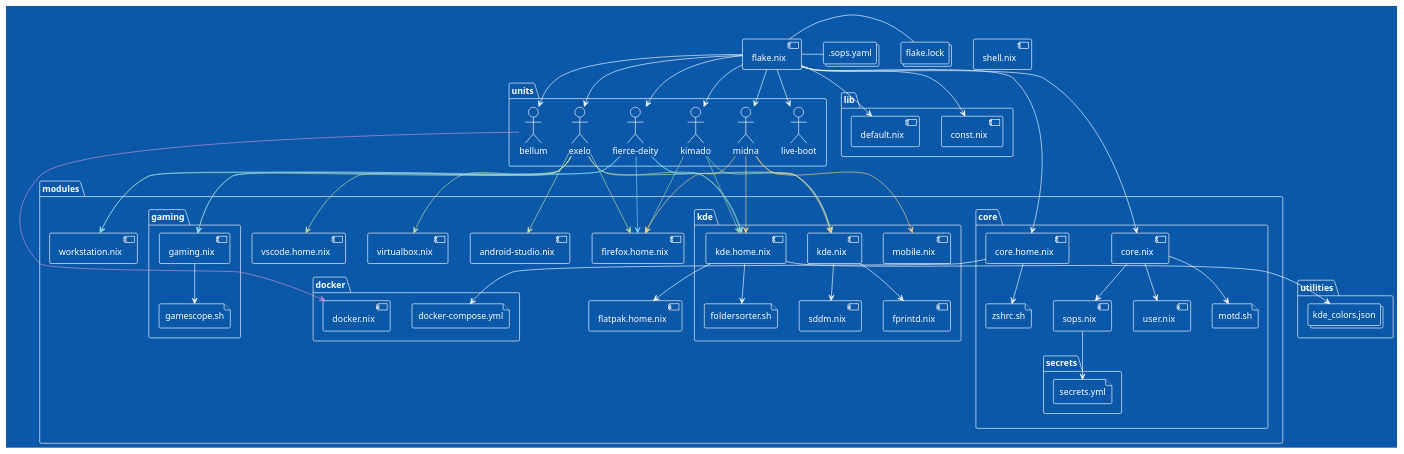
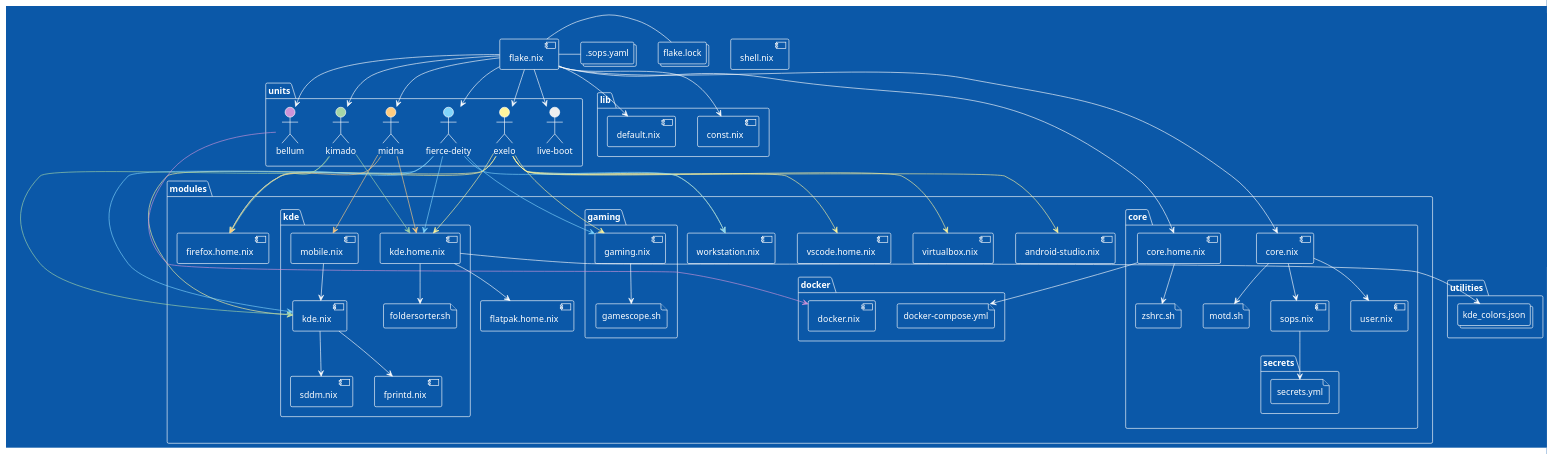
The diagram in utilities/inventory.puml (auroreLeclerc/nix-inventory), drawn with PlantUML before and after one commit. The commit also changed 10 other files, not shown here.

```diff
--- a/utilities/inventory.puml
+++ b/utilities/inventory.puml
@@ -1,102 +1,102 @@
 @startuml inventory
 !theme amiga
 folder "units" {
-actor "exelo" as 946f41d7a0edfc2e0c01ee5a09a8c817
-actor "fierce-deity" as c4bab5bd2a813b4140b129fe0e3fb658
-actor "live-boot" as c7d5751343a9ead629f775ba9b9af9cf
-actor "kimado" as 1396d7d4092f9152f5759496564121cd
-actor "bellum" as 20a158b77d6ce48a8335b7e769c66846
-actor "midna" as 63f8d8e44685a13b538d30e2a0812668
+actor "exelo" as 946f41d7a0edfc2e0c01ee5a09a8c817 #FFF59D
+actor "fierce-deity" as c4bab5bd2a813b4140b129fe0e3fb658 #81D4FA
+actor "live-boot" as c7d5751343a9ead629f775ba9b9af9cf #EEEEEE
+actor "kimado" as 1396d7d4092f9152f5759496564121cd #A5D6A7
+actor "bellum" as 20a158b77d6ce48a8335b7e769c66846 #CE93D8
+actor "midna" as 63f8d8e44685a13b538d30e2a0812668 #FFCC80
 }
 component "flake.nix" as 3cfc5eb99249add5b61f5348132a1e77
 folder "lib" {
    component "const.nix" as 42685639631220987acd22a87135e57c
    component "default.nix" as 68e512ab9f77fd39f3722c23b9768434
 }
 collections ".sops.yaml" as 91f6f5e8b87d05d919871a4550a6fc38
 component "shell.nix" as 97c7e481026e36daa7b31230c6c6aadc
 folder "utilities" {
    collections "kde_colors.json" as 31b20c96119be911606aa1b692b28ba5
 }
 folder "modules" {
    folder "gaming" {
       file "gamescope.sh" as 07bb30b5069aacb10b5677e227bfbeb4
       component "gaming.nix" as cc648f4643baab83856cbb1aee4c03ef
    }
    component "vscode.home.nix" as 26e1d38b688c4a1832d0935e5d29e980
    folder "core" {
       component "user.nix" as e48a789aa9c3b1358cf051feee2e878a
       component "core.home.nix" as d418baa43b11df0205fd0d8001cf7901
       file "zshrc.sh" as 7eb8b1eccd344747a8b685427d1c8d47
       file "motd.sh" as c82c7c2583c0b9ccbee6e5f55451c0f6
       folder "secrets" {
          file "secrets.yml" as fedff914d02561f998eabdacb5cefebd
       }
       component "core.nix" as 6aafb3be03e9429fda102521e26edd7b
       component "sops.nix" as 20147c29130fca277ea17de5d4ba1678
    }
    component "flatpak.home.nix" as 6a6caf7642ae4a75b6d8c64ecf6400b9
    component "android-studio.nix" as a8adb1966bc91fc715175dff4a1585e7
    component "firefox.home.nix" as 38cffe16d01eb2da09feac707c1aaa76
    folder "kde" {
       component "fprintd.nix" as 0fb371a9afb97f3c276f57e82617e12d
       component "sddm.nix" as 5ebad3bd91a08cf55c56e207db927f8e
       component "mobile.nix" as 8d2c80d6e09dc0fe9680025161c2f7f7
       component "kde.nix" as 33998a49668889da1de8827630f29048
       component "kde.home.nix" as 34f24b42df06d195232b3481cc71827b
       file "foldersorter.sh" as ad183a934b3ffac1938f0162d6a8a65b
    }
    component "virtualbox.nix" as f7eeddc94c5ed65950560d6b5663fd1f
    component "workstation.nix" as 5a0152e173cf79e753b825a5923741a1
    folder "docker" {
       file "docker-compose.yml" as 6c4723ada97bf32b316ca223382b50ed
       component "docker.nix" as b2d542b35b19bbc557679612f5768653
    }
 }
 collections "flake.lock" as acf05e6b4d5a2b6e0e87b24127cf384a
-946f41d7a0edfc2e0c01ee5a09a8c817 -[#C5E1A5]-> 33998a49668889da1de8827630f29048
-946f41d7a0edfc2e0c01ee5a09a8c817 -[#C5E1A5]-> 5a0152e173cf79e753b825a5923741a1
-946f41d7a0edfc2e0c01ee5a09a8c817 -[#C5E1A5]-> a8adb1966bc91fc715175dff4a1585e7
-946f41d7a0edfc2e0c01ee5a09a8c817 -[#C5E1A5]-> cc648f4643baab83856cbb1aee4c03ef
-946f41d7a0edfc2e0c01ee5a09a8c817 -[#C5E1A5]-> f7eeddc94c5ed65950560d6b5663fd1f
-946f41d7a0edfc2e0c01ee5a09a8c817 -[#C5E1A5]-> 34f24b42df06d195232b3481cc71827b
-946f41d7a0edfc2e0c01ee5a09a8c817 -[#C5E1A5]-> 26e1d38b688c4a1832d0935e5d29e980
-946f41d7a0edfc2e0c01ee5a09a8c817 -[#C5E1A5]-> 38cffe16d01eb2da09feac707c1aaa76
+946f41d7a0edfc2e0c01ee5a09a8c817 -[#FFF59D]-> 33998a49668889da1de8827630f29048
+946f41d7a0edfc2e0c01ee5a09a8c817 -[#FFF59D]-> 5a0152e173cf79e753b825a5923741a1
+946f41d7a0edfc2e0c01ee5a09a8c817 -[#FFF59D]-> a8adb1966bc91fc715175dff4a1585e7
+946f41d7a0edfc2e0c01ee5a09a8c817 -[#FFF59D]-> cc648f4643baab83856cbb1aee4c03ef
+946f41d7a0edfc2e0c01ee5a09a8c817 -[#FFF59D]-> f7eeddc94c5ed65950560d6b5663fd1f
+946f41d7a0edfc2e0c01ee5a09a8c817 -[#FFF59D]-> 34f24b42df06d195232b3481cc71827b
+946f41d7a0edfc2e0c01ee5a09a8c817 -[#FFF59D]-> 26e1d38b688c4a1832d0935e5d29e980
+946f41d7a0edfc2e0c01ee5a09a8c817 -[#FFF59D]-> 38cffe16d01eb2da09feac707c1aaa76
 c4bab5bd2a813b4140b129fe0e3fb658 -[#81D4FA]-> 33998a49668889da1de8827630f29048
 c4bab5bd2a813b4140b129fe0e3fb658 -[#81D4FA]-> cc648f4643baab83856cbb1aee4c03ef
 c4bab5bd2a813b4140b129fe0e3fb658 -[#81D4FA]-> 5a0152e173cf79e753b825a5923741a1
 c4bab5bd2a813b4140b129fe0e3fb658 -[#81D4FA]-> 34f24b42df06d195232b3481cc71827b
 c4bab5bd2a813b4140b129fe0e3fb658 -[#81D4FA]-> 38cffe16d01eb2da09feac707c1aaa76
 1396d7d4092f9152f5759496564121cd -[#A5D6A7]-> 33998a49668889da1de8827630f29048
 1396d7d4092f9152f5759496564121cd -[#A5D6A7]-> 34f24b42df06d195232b3481cc71827b
 1396d7d4092f9152f5759496564121cd -[#A5D6A7]-> 38cffe16d01eb2da09feac707c1aaa76
 20a158b77d6ce48a8335b7e769c66846 -[#CE93D8]-> b2d542b35b19bbc557679612f5768653
-63f8d8e44685a13b538d30e2a0812668 -[#FFCC80]-> 33998a49668889da1de8827630f29048
 63f8d8e44685a13b538d30e2a0812668 -[#FFCC80]-> 8d2c80d6e09dc0fe9680025161c2f7f7
 63f8d8e44685a13b538d30e2a0812668 -[#FFCC80]-> 34f24b42df06d195232b3481cc71827b
 63f8d8e44685a13b538d30e2a0812668 -[#FFCC80]-> 38cffe16d01eb2da09feac707c1aaa76
 3cfc5eb99249add5b61f5348132a1e77 --> 68e512ab9f77fd39f3722c23b9768434
 3cfc5eb99249add5b61f5348132a1e77 --> 42685639631220987acd22a87135e57c
 3cfc5eb99249add5b61f5348132a1e77 --> d418baa43b11df0205fd0d8001cf7901
 3cfc5eb99249add5b61f5348132a1e77 --> 946f41d7a0edfc2e0c01ee5a09a8c817
 3cfc5eb99249add5b61f5348132a1e77 --> c4bab5bd2a813b4140b129fe0e3fb658
 3cfc5eb99249add5b61f5348132a1e77 --> c7d5751343a9ead629f775ba9b9af9cf
 3cfc5eb99249add5b61f5348132a1e77 --> 1396d7d4092f9152f5759496564121cd
 3cfc5eb99249add5b61f5348132a1e77 --> 20a158b77d6ce48a8335b7e769c66846
 3cfc5eb99249add5b61f5348132a1e77 --> 63f8d8e44685a13b538d30e2a0812668
 3cfc5eb99249add5b61f5348132a1e77 --> 6aafb3be03e9429fda102521e26edd7b
 cc648f4643baab83856cbb1aee4c03ef --> 07bb30b5069aacb10b5677e227bfbeb4
 d418baa43b11df0205fd0d8001cf7901 --> 6c4723ada97bf32b316ca223382b50ed
 d418baa43b11df0205fd0d8001cf7901 --> 7eb8b1eccd344747a8b685427d1c8d47
 6aafb3be03e9429fda102521e26edd7b --> c82c7c2583c0b9ccbee6e5f55451c0f6
 6aafb3be03e9429fda102521e26edd7b --> e48a789aa9c3b1358cf051feee2e878a
 6aafb3be03e9429fda102521e26edd7b --> 20147c29130fca277ea17de5d4ba1678
 20147c29130fca277ea17de5d4ba1678 --> fedff914d02561f998eabdacb5cefebd
+8d2c80d6e09dc0fe9680025161c2f7f7 --> 33998a49668889da1de8827630f29048
 33998a49668889da1de8827630f29048 --> 5ebad3bd91a08cf55c56e207db927f8e
 33998a49668889da1de8827630f29048 --> 0fb371a9afb97f3c276f57e82617e12d
 34f24b42df06d195232b3481cc71827b --> 6a6caf7642ae4a75b6d8c64ecf6400b9
 34f24b42df06d195232b3481cc71827b --> 31b20c96119be911606aa1b692b28ba5
 34f24b42df06d195232b3481cc71827b --> ad183a934b3ffac1938f0162d6a8a65b
 3cfc5eb99249add5b61f5348132a1e77 - acf05e6b4d5a2b6e0e87b24127cf384a
 3cfc5eb99249add5b61f5348132a1e77 - 91f6f5e8b87d05d919871a4550a6fc38
 @enduml
```
